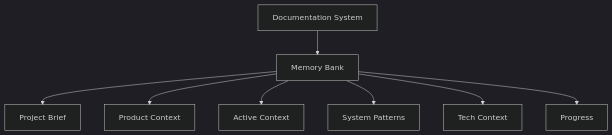
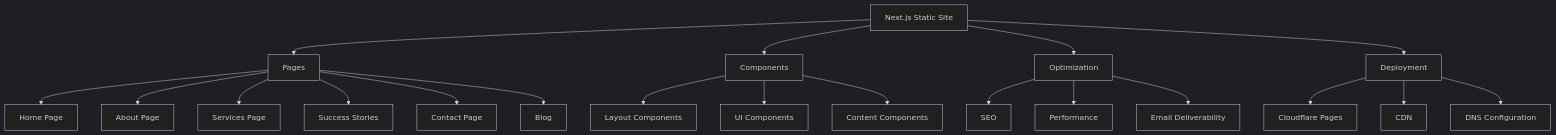
One commit to milbrathdrew/sixminutesoutnext changed the first of 2 diagrams in memory-bank/systemPatterns.md. Above: the diagram before and after it, drawn with Mermaid (dark theme). The commit also changed other lines of this file and 20 other files, not shown here.

````diff
--- a/memory-bank/systemPatterns.md
+++ b/memory-bank/systemPatterns.md
@@ -4,10 +4,25 @@
 ```mermaid
 graph TD
-    A[Documentation System] --> B[Memory Bank]
-    B --> C[Project Brief]
-    B --> D[Product Context]
-    B --> E[Active Context]
-    B --> F[System Patterns]
-    B --> G[Tech Context]
-    B --> H[Progress]
+    A[Next.js Static Site] --> B[Pages]
+    B --> C[Home Page]
+    B --> D[About Page]
+    B --> E[Services Page]
+    B --> F[Success Stories]
+    B --> G[Contact Page]
+    B --> H[Blog]
+    
+    A --> I[Components]
+    I --> J[Layout Components]
+    I --> K[UI Components]
+    I --> L[Content Components]
+    
+    A --> M[Optimization]
+    M --> N[SEO]
+    M --> O[Performance]
+    M --> P[Email Deliverability]
+    
+    A --> Q[Deployment]
+    Q --> R[Cloudflare Pages]
+    Q --> S[CDN]
+    Q --> T[DNS Configuration]
 ```
````
